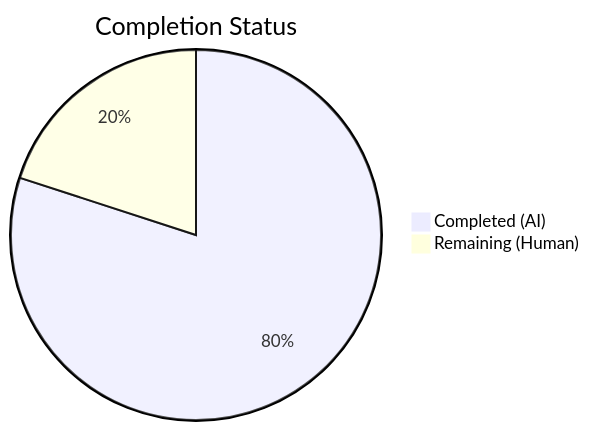
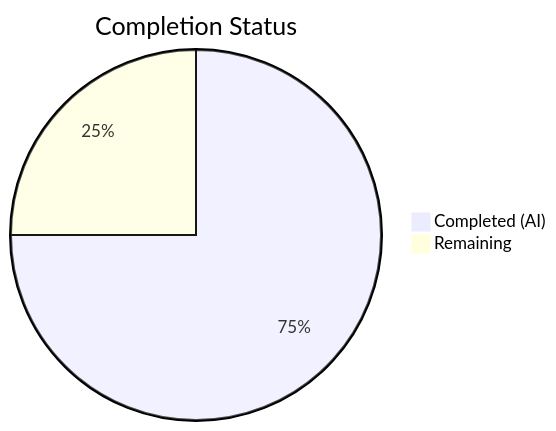
The first of 2 diagrams in blitzy/documentation/Project Guide.md (TestadoBlitzy/Existing-product), drawn with Mermaid before and after one commit. The commit also changed other lines of this file, not shown here.

Commit message:
Adding Blitzy Project Guide: Project Status and Human Tasks Remaining

````diff
--- a/blitzy/documentation/Project Guide.md
+++ b/blitzy/documentation/Project Guide.md
@@ -15,5 +13,5 @@
 ```mermaid
 pie title Completion Status
-    "Completed (AI)" : 6
-    "Remaining (Human)" : 1.5
+    "Completed (AI)" : 3
+    "Remaining" : 1
 ```
````
